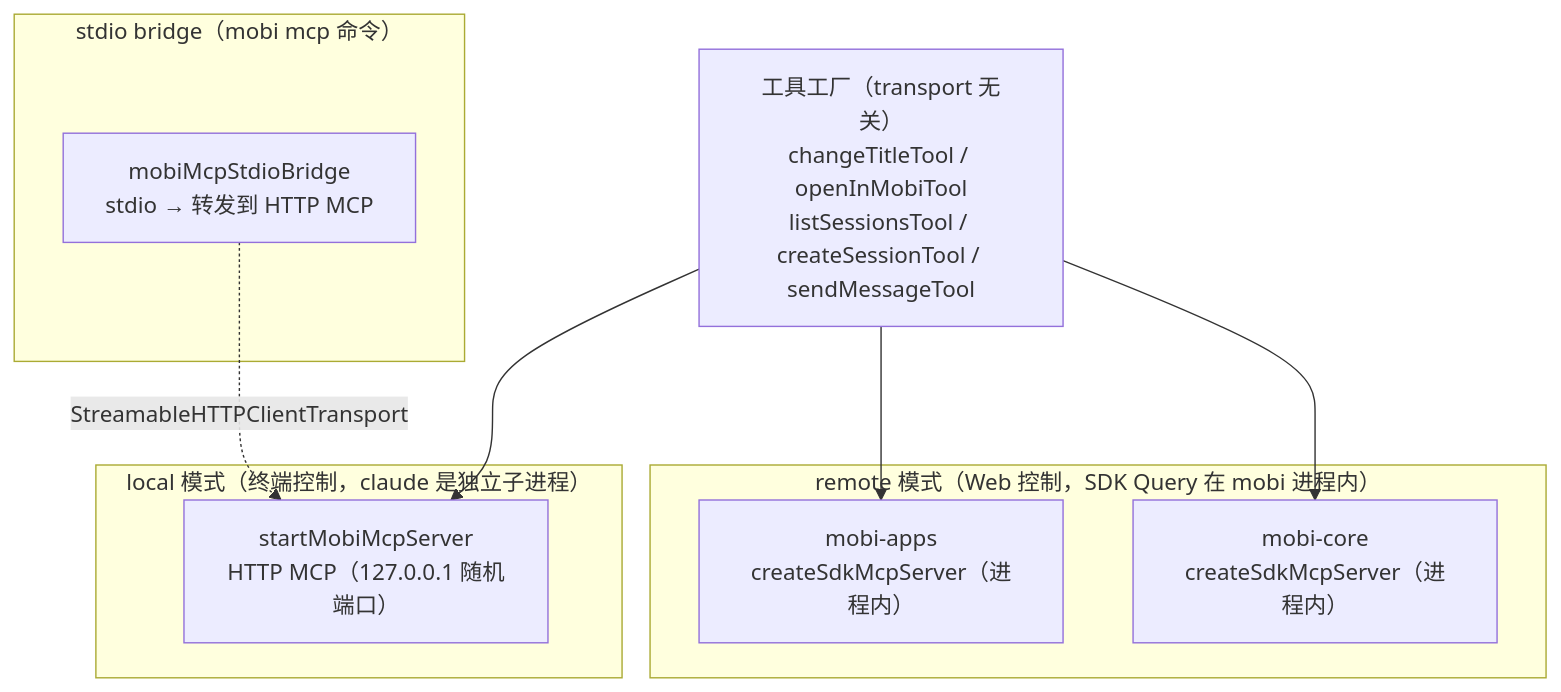
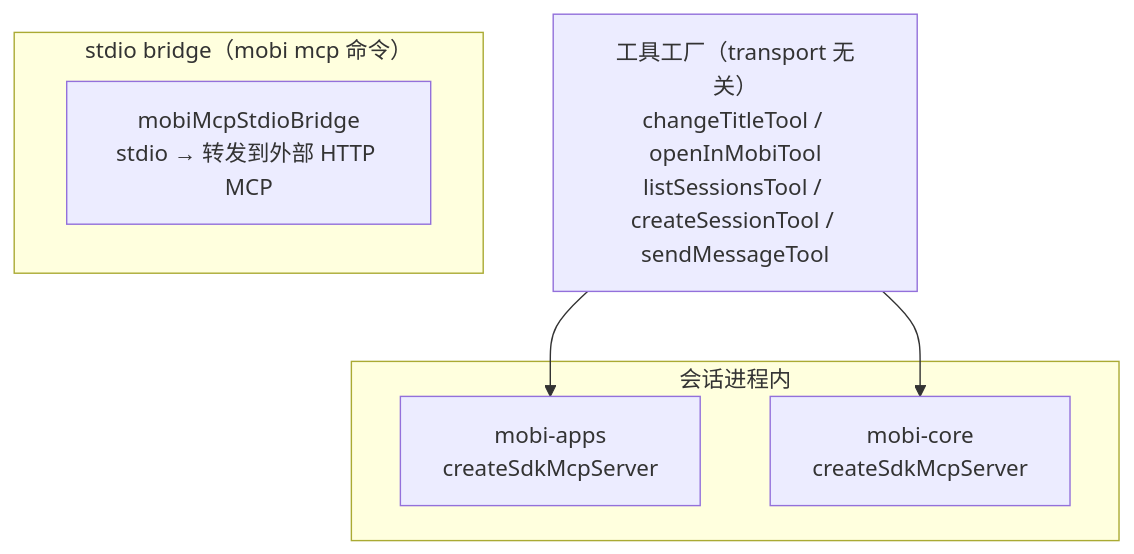
One commit to ModuBit/mobi changed the first of 3 diagrams in docs/architecture/cli/mcp/README.md. Above: the diagram before and after it, drawn with Mermaid. The commit also changed other lines of this file and 96 other files, not shown here.

````diff
--- a/docs/architecture/cli/mcp/README.md
+++ b/docs/architecture/cli/mcp/README.md
@@ -11,22 +11,16 @@
 ```mermaid
 flowchart TB
     Core["工具工厂（transport 无关）<br/>changeTitleTool / openInMobiTool<br/>listSessionsTool / createSessionTool / sendMessageTool"]
 
-    subgraph remote["remote 模式（Web 控制，SDK Query 在 mobi 进程内）"]
-        Apps["mobi-apps<br/>createSdkMcpServer（进程内）"]
-        CoreSrv["mobi-core<br/>createSdkMcpServer（进程内）"]
-    end
-
-    subgraph local["local 模式（终端控制，claude 是独立子进程）"]
-        Http["startMobiMcpServer<br/>HTTP MCP（127.0.0.1 随机端口）"]
+    subgraph inproc["会话进程内"]
+        Apps["mobi-apps<br/>createSdkMcpServer"]
+        CoreSrv["mobi-core<br/>createSdkMcpServer"]
     end
 
     subgraph stdio["stdio bridge（mobi mcp 命令）"]
-        Bridge["mobiMcpStdioBridge<br/>stdio → 转发到 HTTP MCP"]
+        Bridge["mobiMcpStdioBridge<br/>stdio → 转发到外部 HTTP MCP"]
     end
 
     Core --> Apps
     Core --> CoreSrv
-    Core --> Http
-    Bridge -.->|"StreamableHTTPClientTransport"| Http
 ```
````
